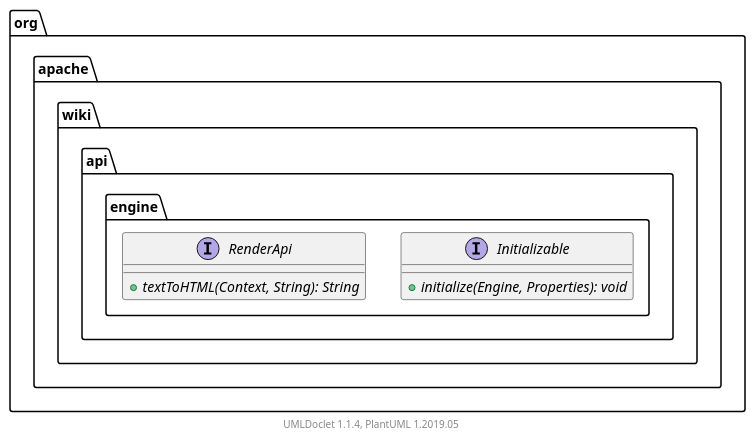
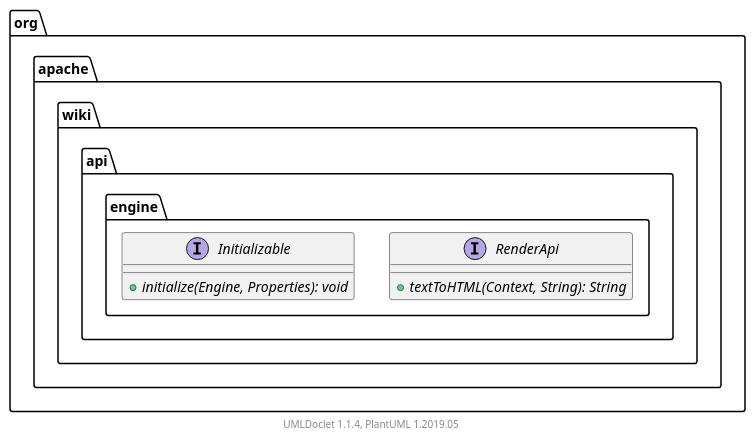
One commit to apache/jspwiki-site changed the diagram in apidocs/2.11.0.M7-SNAPSHOT/org/apache/wiki/api/engine/package.puml. Above: the diagram before and after it, drawn with PlantUML. The commit also changed other lines of this file and 1810 other files, not shown here.

```diff
--- a/apidocs/2.11.0.M7-SNAPSHOT/org/apache/wiki/api/engine/package.puml
+++ b/apidocs/2.11.0.M7-SNAPSHOT/org/apache/wiki/api/engine/package.puml
@@ -1,17 +1,17 @@
 @startuml
 
     namespace org.apache.wiki.api.engine {
 
+        interface RenderApi [[RenderApi.html]] {
+            {abstract} +textToHTML(Context, String): String
+        }
+
         interface Initializable [[Initializable.html]] {
             {abstract} +initialize(Engine, Properties): void
-        }
-
-        interface RenderApi [[RenderApi.html]] {
-            {abstract} +textToHTML(Context, String): String
         }
 
     }
 
 
     center footer UMLDoclet 1.1.4, PlantUML 1.2019.05
 @enduml
```
